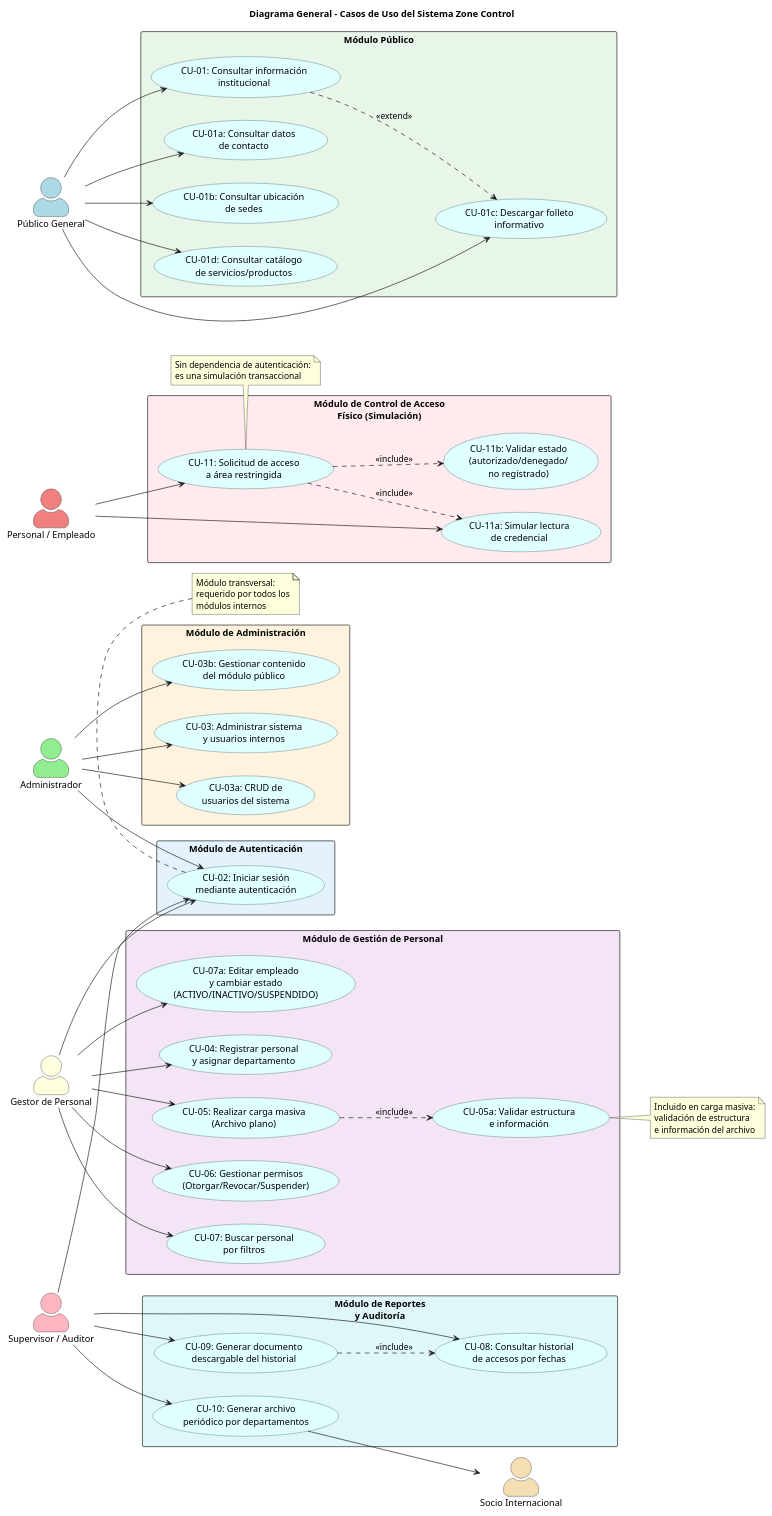
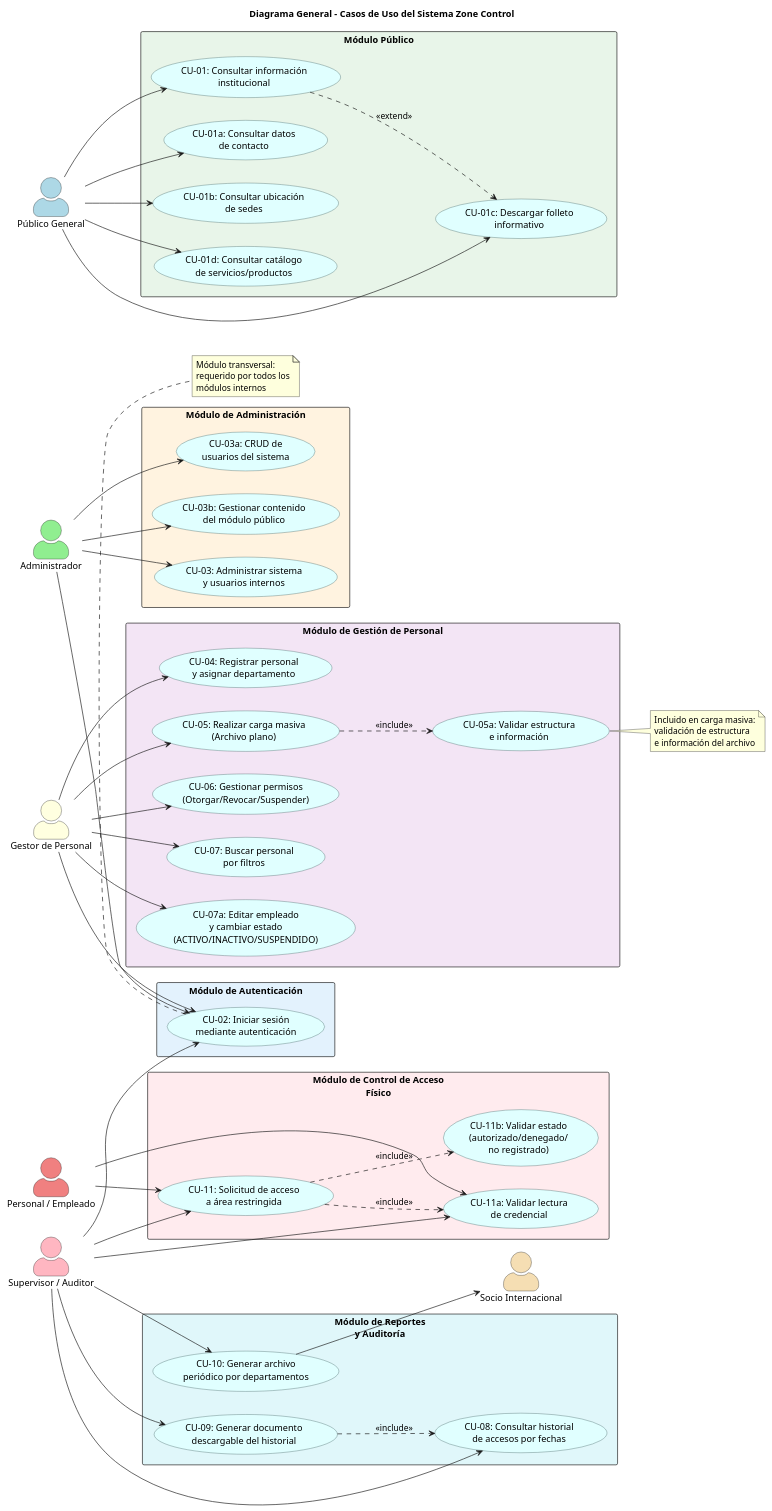
The diagram in docs/diagramas/casos_uso/00_diagrama_general.puml (ElianMMCode/Zone-Control), drawn with PlantUML before and after one commit. The commit also changed 13 other files, not shown here.

```diff
--- a/docs/diagramas/casos_uso/00_diagrama_general.puml
+++ b/docs/diagramas/casos_uso/00_diagrama_general.puml
@@ -1,155 +1,152 @@
 @startuml
 title Diagrama General - Casos de Uso del Sistema Zone Control
 skinparam usecase {
   BackgroundColor LightCyan
   BorderColor DarkSlateGray
 }
 skinparam actorStyle awesome
 skinparam packageStyle rectangle
 left to right direction
 
 ' =============================================
 ' ACTORES
 ' =============================================
 
 actor "Público General" as Publico #LightBlue
 actor "Administrador" as Admin #LightGreen
 actor "Gestor de Personal" as Gestor #LightYellow
 actor "Supervisor / Auditor" as Supervisor #LightPink
 actor "Personal / Empleado" as Empleado #LightCoral
 actor "Socio Internacional" as Socio #Wheat
 
 ' =============================================
 ' MÓDULO PÚBLICO
 ' =============================================
 
 package "Módulo Público" #E8F5E9 {
   usecase "CU-01: Consultar información\ninstitucional" as UC01
   usecase "CU-01a: Consultar datos\nde contacto" as UC01a
   usecase "CU-01b: Consultar ubicación\nde sedes" as UC01b
   usecase "CU-01c: Descargar folleto\ninformativo" as UC01c
   usecase "CU-01d: Consultar catálogo\nde servicios/productos" as UC01d
 
   UC01 ..> UC01c : <<extend>>
 }
 
 ' =============================================
 ' MÓDULO DE AUTENTICACIÓN
 ' =============================================
 
 package "Módulo de Autenticación" #E3F2FD {
   usecase "CU-02: Iniciar sesión\nmediante autenticación" as UC02
 }
 
 ' =============================================
 ' MÓDULO DE ADMINISTRACIÓN
 ' =============================================
 
 package "Módulo de Administración" #FFF3E0 {
   usecase "CU-03: Administrar sistema\ny usuarios internos" as UC03
   usecase "CU-03a: CRUD de\nusuarios del sistema" as UC03a
   usecase "CU-03b: Gestionar contenido\ndel módulo público" as UC03b
 }
 
 ' =============================================
 ' MÓDULO DE GESTIÓN DE PERSONAL
 ' =============================================
 
 package "Módulo de Gestión de Personal" #F3E5F5 {
   usecase "CU-04: Registrar personal\ny asignar departamento" as UC04
   usecase "CU-05: Realizar carga masiva\n(Archivo plano)" as UC05
   usecase "CU-06: Gestionar permisos\n(Otorgar/Revocar/Suspender)" as UC06
   usecase "CU-07: Buscar personal\npor filtros" as UC07
   usecase "CU-07a: Editar empleado\ny cambiar estado\n(ACTIVO/INACTIVO/SUSPENDIDO)" as UC07a
   usecase "CU-05a: Validar estructura\ne información" as UC05a
 }
 
 ' =============================================
 ' MÓDULO DE CONTROL DE ACCESO
 ' =============================================
 
-package "Módulo de Control de Acceso\nFísico (Simulación)" #FFEBEE {
+package "Módulo de Control de Acceso\nFísico" #FFEBEE {
   usecase "CU-11: Solicitud de acceso\na área restringida" as UC11
-  usecase "CU-11a: Simular lectura\nde credencial" as UC11a
+  usecase "CU-11a: Validar lectura\nde credencial" as UC11a
   usecase "CU-11b: Validar estado\n(autorizado/denegado/\nno registrado)" as UC11b
 }
 
 ' =============================================
 ' MÓDULO DE REPORTES Y AUDITORÍA
 ' =============================================
 
 package "Módulo de Reportes\ny Auditoría" #E0F7FA {
   usecase "CU-08: Consultar historial\nde accesos por fechas" as UC08
   usecase "CU-09: Generar documento\ndescargable del historial" as UC09
   usecase "CU-10: Generar archivo\nperiódico por departamentos" as UC10
 }
 
 ' =============================================
 ' RELACIONES ACTORES → CASOS DE USO
 ' =============================================
 
 ' Público General
 Publico --> UC01
 Publico --> UC01a
 Publico --> UC01b
 Publico --> UC01c
 Publico --> UC01d
 
 ' Administrador
 Admin --> UC02
 Admin --> UC03
 Admin --> UC03a
 Admin --> UC03b
 
 ' Gestor de Personal
 Gestor --> UC02
 Gestor --> UC04
 Gestor --> UC05
 Gestor --> UC06
 Gestor --> UC07
 Gestor --> UC07a
 
 ' Supervisor / Auditor
 Supervisor --> UC02
 Supervisor --> UC08
 Supervisor --> UC09
 Supervisor --> UC10
+Supervisor --> UC11
+Supervisor --> UC11a
 
 ' Personal / Empleado
 Empleado --> UC11
 Empleado --> UC11a
 
 ' Socio Internacional (recibe archivo)
 UC10 --> Socio
 
 ' =============================================
 ' RELACIONES ENTRE CASOS DE USO
 ' =============================================
 
 UC05 ..> UC05a : <<include>>
 UC11 ..> UC11a : <<include>>
 UC11 ..> UC11b : <<include>>
 UC09 ..> UC08 : <<include>>
 
 ' =============================================
 ' NOTAS
 ' =============================================
 
 note bottom of UC02
   Módulo transversal:
   requerido por todos los
   módulos internos
 end note
 
-note bottom of UC11
-  Sin dependencia de autenticación:
-  es una simulación transaccional
-end note
-
 note right of UC05a
   Incluido en carga masiva:
   validación de estructura
   e información del archivo
 end note
 
 @enduml
```
